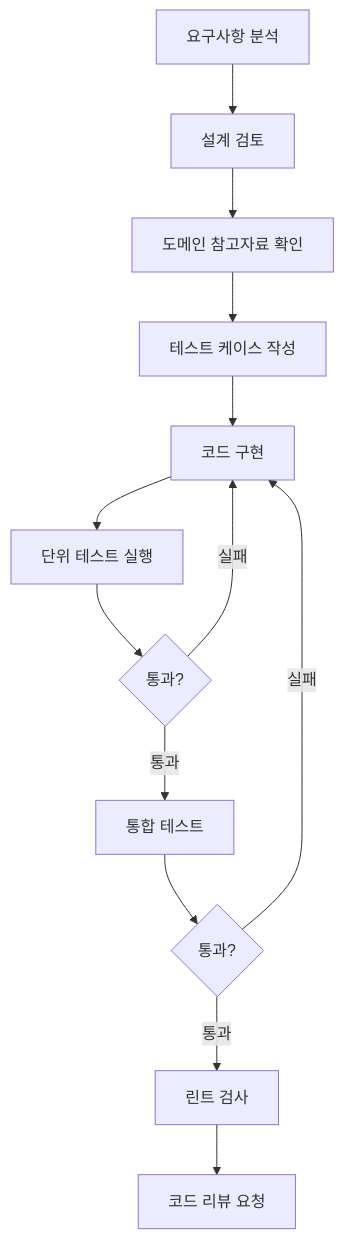
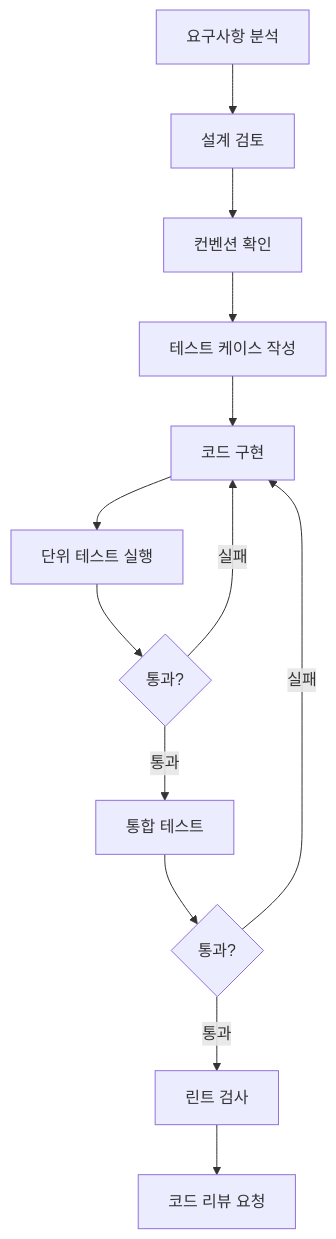
The diagram in .claude/agents/agent-backend.md (wejsa/ai-crew-kit), drawn with Mermaid before and after one commit. The commit also changed other lines of this file and 34 other files, not shown here.

````diff
--- a/.claude/agents/agent-backend.md
+++ b/.claude/agents/agent-backend.md
@@ -142,15 +142,15 @@
 ```mermaid
 graph TD
     A[요구사항 분석] --> B[설계 검토]
-    B --> C[도메인 참고자료 확인]
+    B --> C[컨벤션 확인]
     C --> D[테스트 케이스 작성]
     D --> E[코드 구현]
     E --> F[단위 테스트 실행]
     F --> G{통과?}
     G -->|실패| E
     G -->|통과| H[통합 테스트]
     H --> I{통과?}
     I -->|실패| E
     I -->|통과| J[린트 검사]
     J --> K[코드 리뷰 요청]
 ```
````
